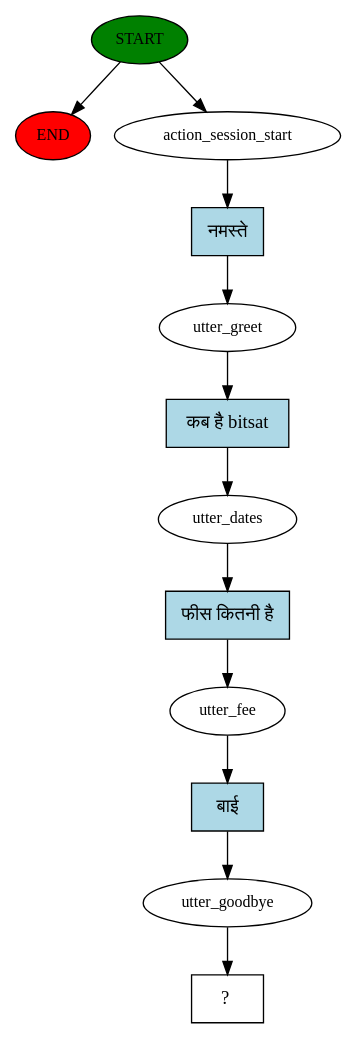
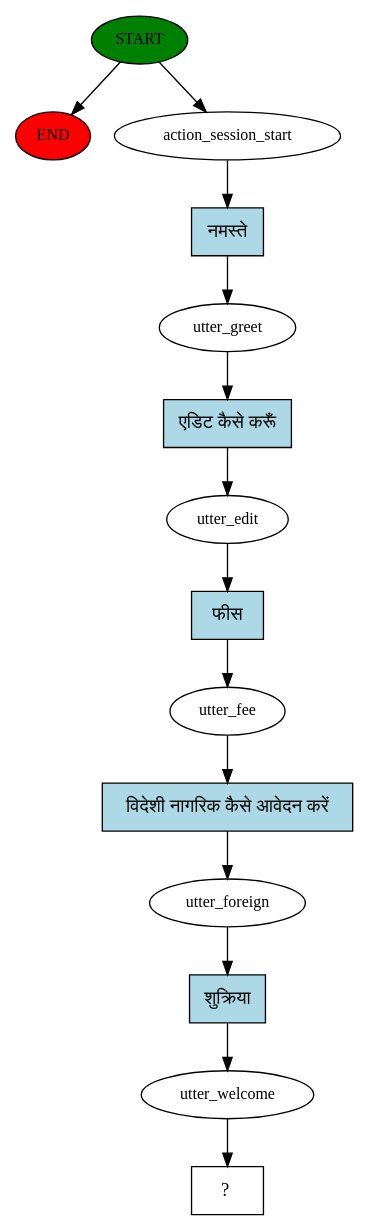
The diagram in Hindi/story_graph.dot (AbhiSharma1999/BITSAT-rasa), drawn with Graphviz before and after one commit. The commit also changed 38 other files, not shown here.

```diff
--- a/Hindi/story_graph.dot
+++ b/Hindi/story_graph.dot
@@ -1,25 +1,29 @@
 digraph  {
 0 [class="start active", fillcolor=green, fontsize=12, label=START, style=filled];
 "-1" [class=end, fillcolor=red, fontsize=12, label=END, style=filled];
 1 [class=active, fontsize=12, label=action_session_start];
 2 [class=active, fontsize=12, label=utter_greet];
-3 [class=active, fontsize=12, label=utter_dates];
+3 [class=active, fontsize=12, label=utter_edit];
 4 [class=active, fontsize=12, label=utter_fee];
-5 [class=active, fontsize=12, label=utter_goodbye];
-6 [class="intent dashed active", label="  ?  ", shape=rect];
-7 [class="intent active", fillcolor=lightblue, label="नमस्ते", shape=rect, style=filled];
-8 [class="intent active", fillcolor=lightblue, label="कब है bitsat", shape=rect, style=filled];
-9 [class="intent active", fillcolor=lightblue, label="फीस कितनी है", shape=rect, style=filled];
-10 [class="intent active", fillcolor=lightblue, label="बाई", shape=rect, style=filled];
+5 [class=active, fontsize=12, label=utter_foreign];
+6 [class=active, fontsize=12, label=utter_welcome];
+7 [class="intent dashed active", label="  ?  ", shape=rect];
+8 [class="intent active", fillcolor=lightblue, label="नमस्ते", shape=rect, style=filled];
+9 [class="intent active", fillcolor=lightblue, label="एडिट कैसे करूँ", shape=rect, style=filled];
+10 [class="intent active", fillcolor=lightblue, label="फीस", shape=rect, style=filled];
+11 [class="intent active", fillcolor=lightblue, label="विदेशी नागरिक कैसे आवेदन करें", shape=rect, style=filled];
+12 [class="intent active", fillcolor=lightblue, label="शुक्रिया", shape=rect, style=filled];
 0 -> "-1"  [class="", key=NONE, label=""];
 0 -> 1  [class=active, key=NONE, label=""];
-1 -> 7  [class=active, key=0];
-2 -> 8  [class=active, key=0];
-3 -> 9  [class=active, key=0];
-4 -> 10  [class=active, key=0];
-5 -> 6  [class=active, key=NONE, label=""];
-7 -> 2  [class=active, key=0];
-8 -> 3  [class=active, key=0];
-9 -> 4  [class=active, key=0];
-10 -> 5  [class=active, key=0];
+1 -> 8  [class=active, key=0];
+2 -> 9  [class=active, key=0];
+3 -> 10  [class=active, key=0];
+4 -> 11  [class=active, key=0];
+5 -> 12  [class=active, key=0];
+6 -> 7  [class=active, key=NONE, label=""];
+8 -> 2  [class=active, key=0];
+9 -> 3  [class=active, key=0];
+10 -> 4  [class=active, key=0];
+11 -> 5  [class=active, key=0];
+12 -> 6  [class=active, key=0];
 }
```
